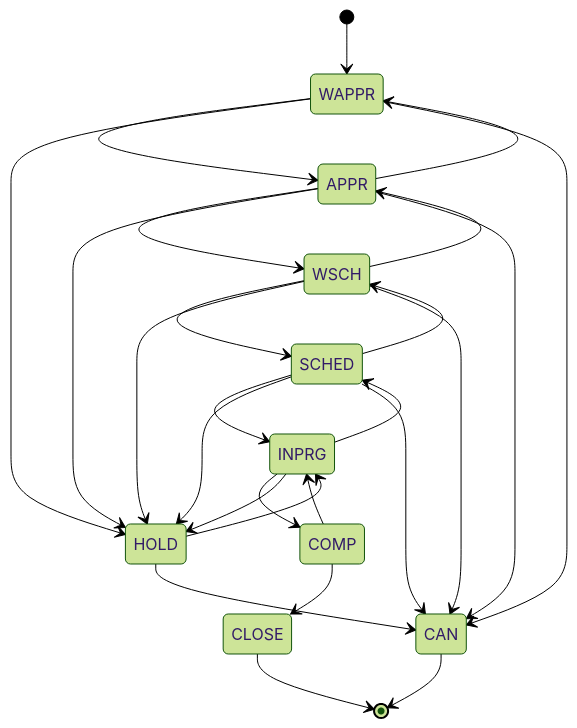
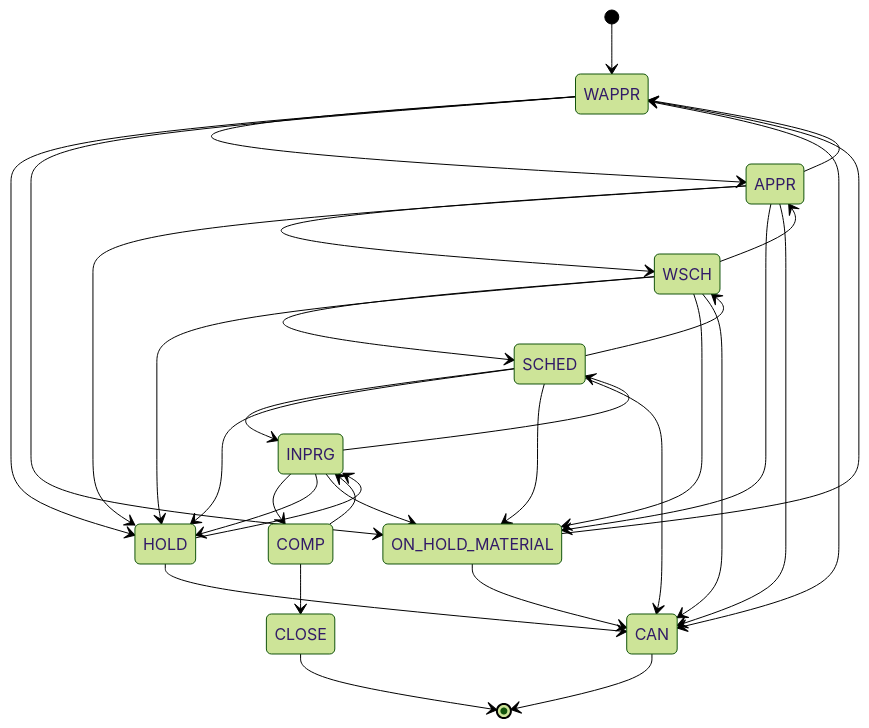
One commit to valiant14/NewCafmV2 changed the diagram in docs/01-work-order-process.md. Above: the diagram before and after it, drawn with Mermaid (forest theme). The commit also changed other lines of this file and 33 other files, not shown here.

````diff
--- a/docs/01-work-order-process.md
+++ b/docs/01-work-order-process.md
@@ -45,31 +45,39 @@
 ```mermaid
 stateDiagram-v2
     [*] --> WAPPR
     WAPPR --> APPR
     APPR --> WSCH
     WSCH --> SCHED
     SCHED --> INPRG
     INPRG --> COMP
     COMP --> CLOSE
     CLOSE --> [*]
 
     APPR --> WAPPR
     WSCH --> APPR
     SCHED --> WSCH
     INPRG --> SCHED
     COMP --> INPRG
 
     WAPPR --> HOLD
     APPR --> HOLD
     WSCH --> HOLD
     SCHED --> HOLD
     INPRG --> HOLD
     HOLD --> INPRG
 
+    WAPPR --> ON_HOLD_MATERIAL
+    APPR --> ON_HOLD_MATERIAL
+    WSCH --> ON_HOLD_MATERIAL
+    SCHED --> ON_HOLD_MATERIAL
+    INPRG --> ON_HOLD_MATERIAL
+    ON_HOLD_MATERIAL --> WAPPR
+    ON_HOLD_MATERIAL --> CAN
+
     WAPPR --> CAN
     APPR --> CAN
     WSCH --> CAN
     SCHED --> CAN
     HOLD --> CAN
     CAN --> [*]
 ```
````
